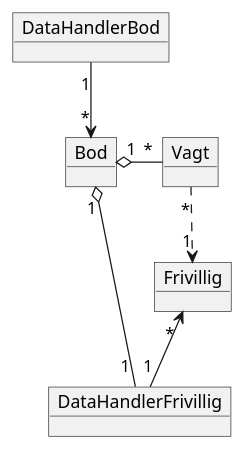
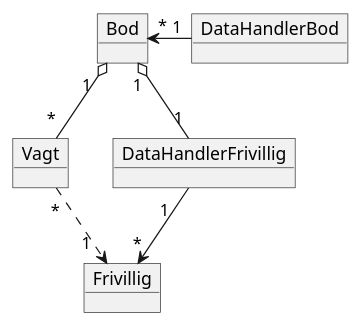
The diagram in Additionals/Koncept-Klassediagram.puml (Ridd3r/OOP_Eksamen), drawn with PlantUML before and after one commit. The commit also changed 7 other files, not shown here.

Commit message:
SekvensDiagrammer

```diff
--- a/Additionals/Koncept-Klassediagram.puml
+++ b/Additionals/Koncept-Klassediagram.puml
@@ -1,27 +1,27 @@
 @startuml
 'https://plantuml.com/object-diagram
 
 
 object Frivillig {
 }
 object Vagt {
 }
 object Bod {
 }
 object DataHandlerBod {
 }
 object DataHandlerFrivillig {
 }
 
 /' Herunder kommer pile '/
 
-DataHandlerFrivillig "1"-up->"         *" Frivillig
-Bod "1" o-down- "     1" DataHandlerFrivillig
-Bod "1" o-right- "*" Vagt
-DataHandlerBod "1" --> "*" Bod
-Vagt " *" ..> "1" Frivillig
+DataHandlerFrivillig "1   "-->"*" Frivillig
+Bod "1" o-- "1" DataHandlerFrivillig
+Bod "1  " o-- " * " Vagt
+DataHandlerBod "1" -left-> "*" Bod
+Vagt " *" ..> "1  " Frivillig
 
 
 
 
 @enduml
```
